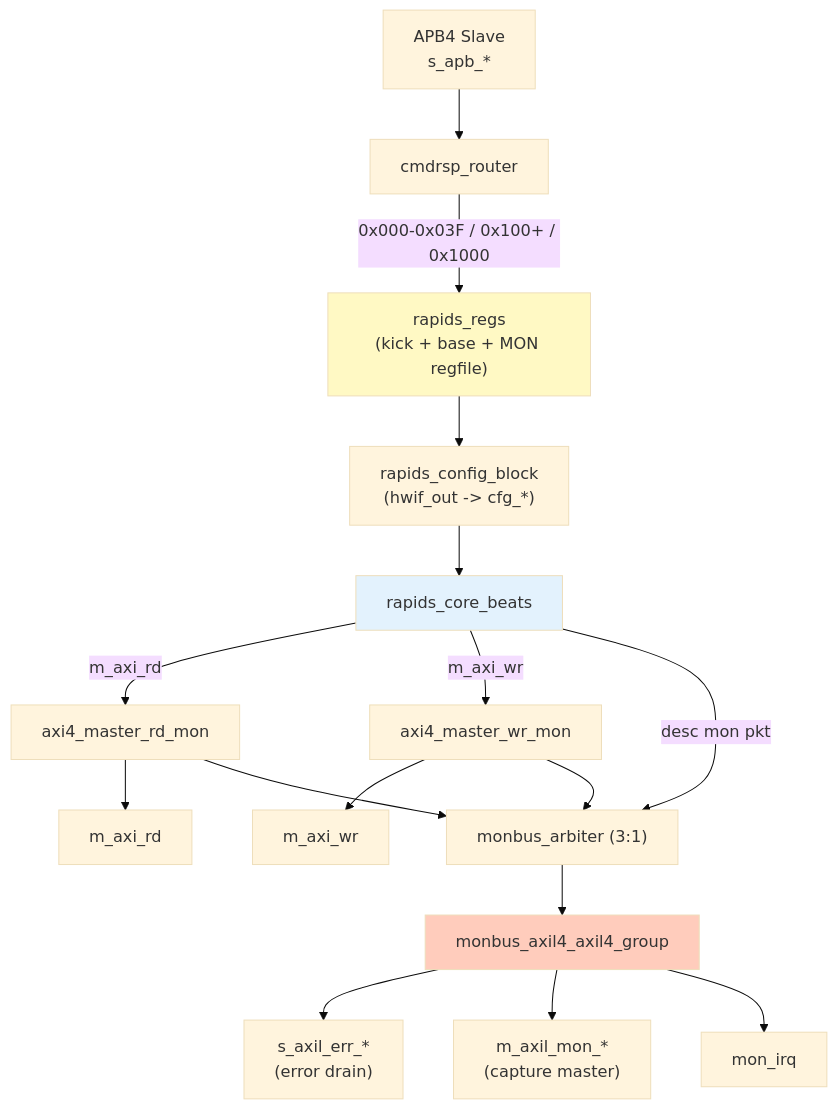
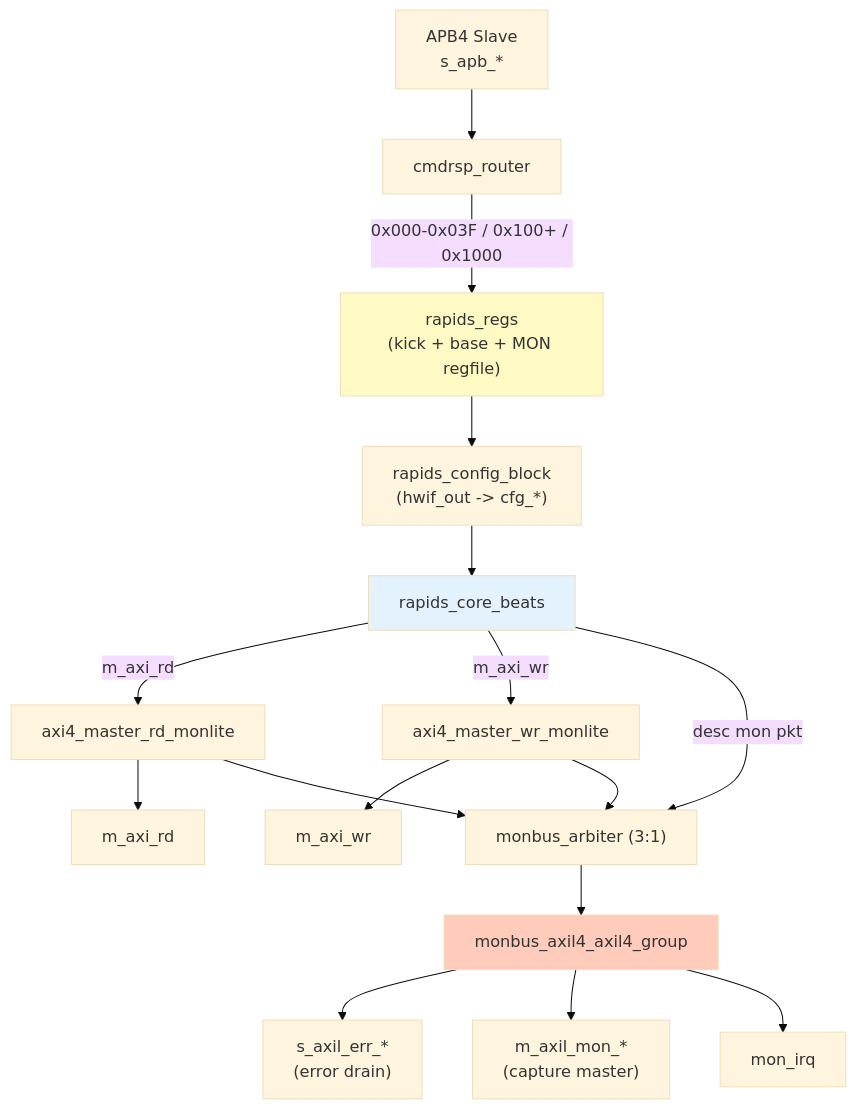
One commit to sean-galloway/RTLDesignSherpa changed the second of 2 diagrams in projects/components/dmas/rapids/docs/rapids_beats_has/ch02_architecture/01_block_diagram.md. Above: the diagram before and after it, drawn with Mermaid (base theme). The commit also changed 145 other files, not shown here.

````diff
--- a/projects/components/dmas/rapids/docs/rapids_beats_has/ch02_architecture/01_block_diagram.md
+++ b/projects/components/dmas/rapids/docs/rapids_beats_has/ch02_architecture/01_block_diagram.md
@@ -106,24 +106,24 @@
 ```mermaid
 graph TB
     APB["APB4 Slave<br/>s_apb_*"] --> ROUTER["cmdrsp_router"]
     ROUTER -->|"0x000-0x03F / 0x100+ / 0x1000"| REGS["rapids_regs<br/>(kick + base + MON regfile)"]
     REGS --> CFG["rapids_config_block<br/>(hwif_out -> cfg_*)"]
     CFG --> CORE["rapids_core_beats"]
 
-    CORE -->|"m_axi_rd"| RDMON["axi4_master_rd_mon"]
-    CORE -->|"m_axi_wr"| WRMON["axi4_master_wr_mon"]
+    CORE -->|"m_axi_rd"| RDMON["axi4_master_rd_monlite"]
+    CORE -->|"m_axi_wr"| WRMON["axi4_master_wr_monlite"]
     RDMON --> MRD["m_axi_rd"]
     WRMON --> MWR["m_axi_wr"]
 
     CORE -->|"desc mon pkt"| ARB["monbus_arbiter (3:1)"]
     RDMON --> ARB
     WRMON --> ARB
     ARB --> GRP["monbus_axil4_axil4_group"]
     GRP --> ERR["s_axil_err_*<br/>(error drain)"]
     GRP --> CAP["m_axil_mon_*<br/>(capture master)"]
     GRP --> IRQ["mon_irq"]
 
     style CORE fill:#e3f2fd
     style REGS fill:#fff9c4
     style GRP fill:#ffccbc
 ```
````
